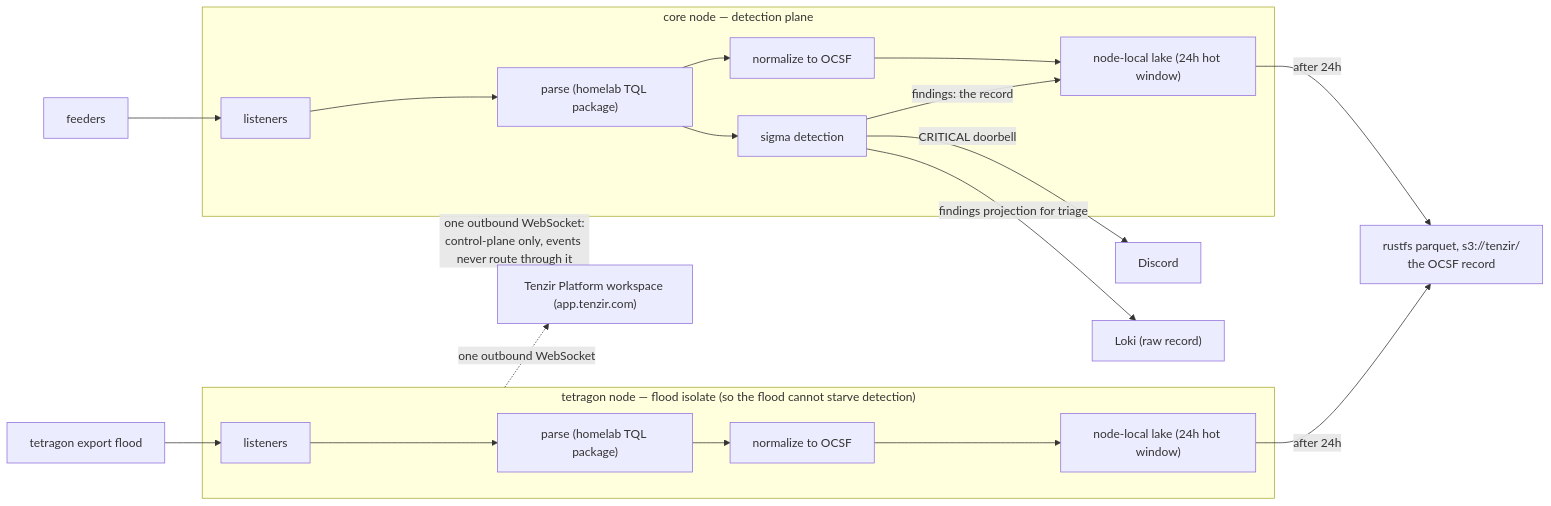
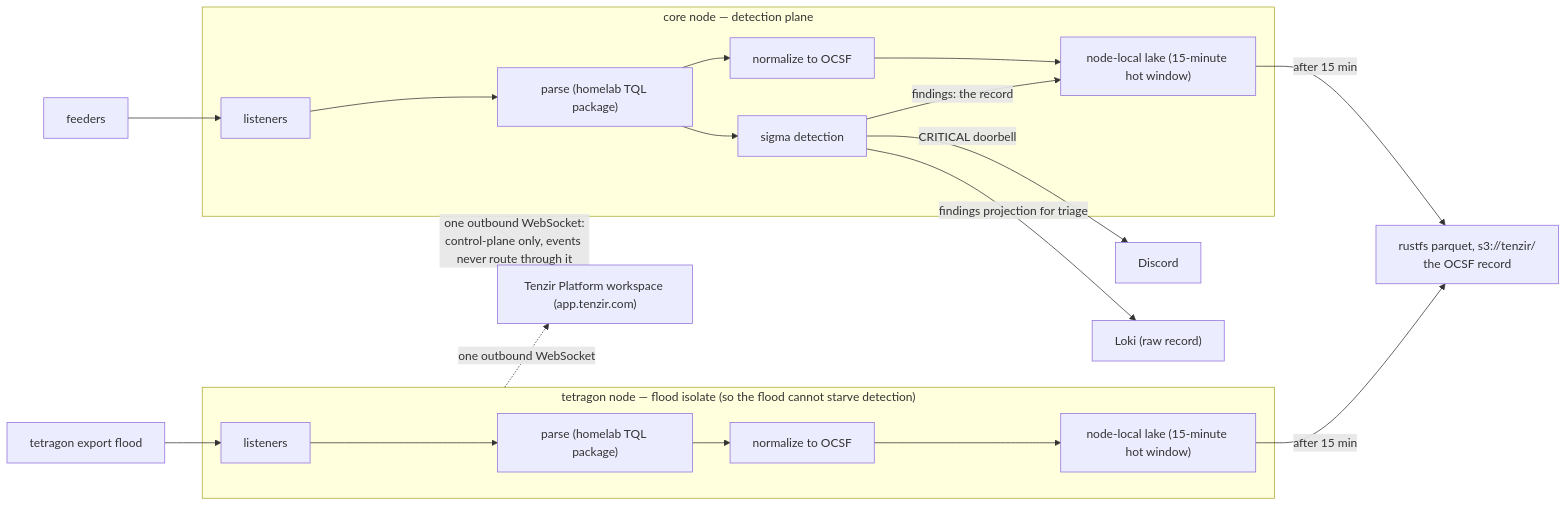
One commit to Apocrathia/homelab changed the diagram in flux/manifests/03-services/observability/tenzir/README.md. Above: the diagram before and after it, drawn with Mermaid.

Commit message:
docs(observability): align README architecture horizon with 15-minute window
Main's Architecture diagram (d5f7c8628, landed mid-review) still carries
the old 24h horizon: 'node-local lake (24h hot window)' on both nodes
and 'after 24h' on both archive edges. This branch cuts the horizon to
15 minutes, so those four strings are correct on main today and stale
the instant the branch merges. Swap them to the branch's forms —
'node-local lake (15-minute hot window)' and 'after 15 min' — matching
the transit-buffer prose in the same README.

````diff
--- a/flux/manifests/03-services/observability/tenzir/README.md
+++ b/flux/manifests/03-services/observability/tenzir/README.md
@@ -34,27 +34,27 @@
 ```mermaid
 flowchart LR
     FEED[feeders] --> CL
     FLOOD["tetragon export flood"] --> TL
 
     subgraph CORE["core node — detection plane"]
         CL["listeners"] --> CP["parse (homelab TQL package)"]
         CP --> OC["normalize to OCSF"]
         CP --> SG["sigma detection"]
-        OC --> CLK["node-local lake (24h hot window)"]
+        OC --> CLK["node-local lake (15-minute hot window)"]
         SG -->|"findings: the record"| CLK
     end
 
     subgraph TET["tetragon node — flood isolate (so the flood cannot starve detection)"]
         TL["listeners"] --> TCP["parse (homelab TQL package)"]
         TCP --> TOC["normalize to OCSF"]
-        TOC --> TLK["node-local lake (24h hot window)"]
+        TOC --> TLK["node-local lake (15-minute hot window)"]
     end
 
     SG -->|"CRITICAL doorbell"| DISC[Discord]
     SG -->|"findings projection for triage"| LOKI["Loki (raw record)"]
-    CLK -->|"after 24h"| S3["rustfs parquet, s3://tenzir/<br/>the OCSF record"]
-    TLK -->|"after 24h"| S3
+    CLK -->|"after 15 min"| S3["rustfs parquet, s3://tenzir/<br/>the OCSF record"]
+    TLK -->|"after 15 min"| S3
 
     CORE -.->|"one outbound WebSocket:<br/>control-plane only, events never route through it"| PLAT["Tenzir Platform workspace (app.tenzir.com)"]
     TET -.->|"one outbound WebSocket"| PLAT
 ```
````
